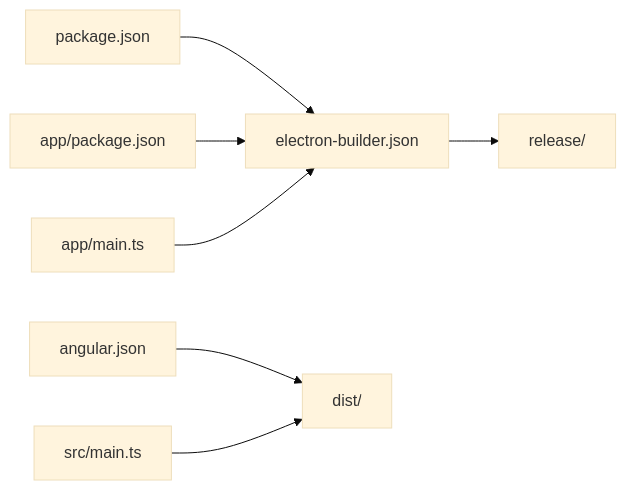
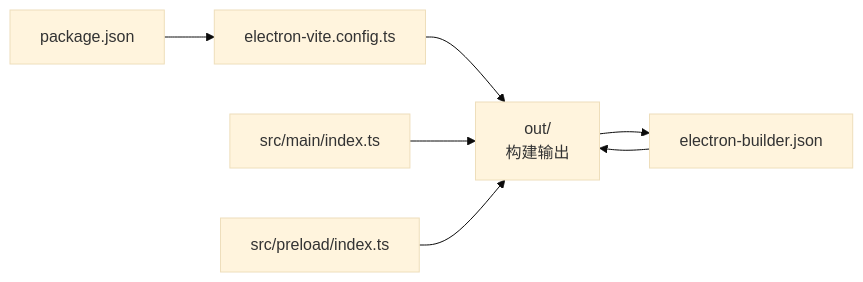
One commit to haolange/RDC-Agent changed the fourth of 4 diagrams in .qoder/repowiki/zh/content/构建与打包/Electron 打包配置.md. Above: the diagram before and after it, drawn with Mermaid (base theme). The commit also changed other lines of this file and 3 other files, not shown here.

````diff
--- a/.qoder/repowiki/zh/content/构建与打包/Electron 打包配置.md
+++ b/.qoder/repowiki/zh/content/构建与打包/Electron 打包配置.md
@@ -244,9 +261,9 @@
 ```mermaid
 graph LR
-Pkg["package.json"] --> EB["electron-builder.json"]
-AP["app/package.json"] --> EB
-AJ["angular.json"] --> Dist["dist/"]
-EB --> Rel["release/"]
-Src["src/main.ts"] --> Dist
-App["app/main.ts"] --> EB
+Pkg["package.json"] --> EVite["electron-vite.config.ts"]
+EVite --> Out["out/<br/>构建输出"]
+EB["electron-builder.json"] --> Out
+Out --> EB
+Main["src/main/index.ts"] --> Out
+Preload["src/preload/index.ts"] --> Out
 ```
````
